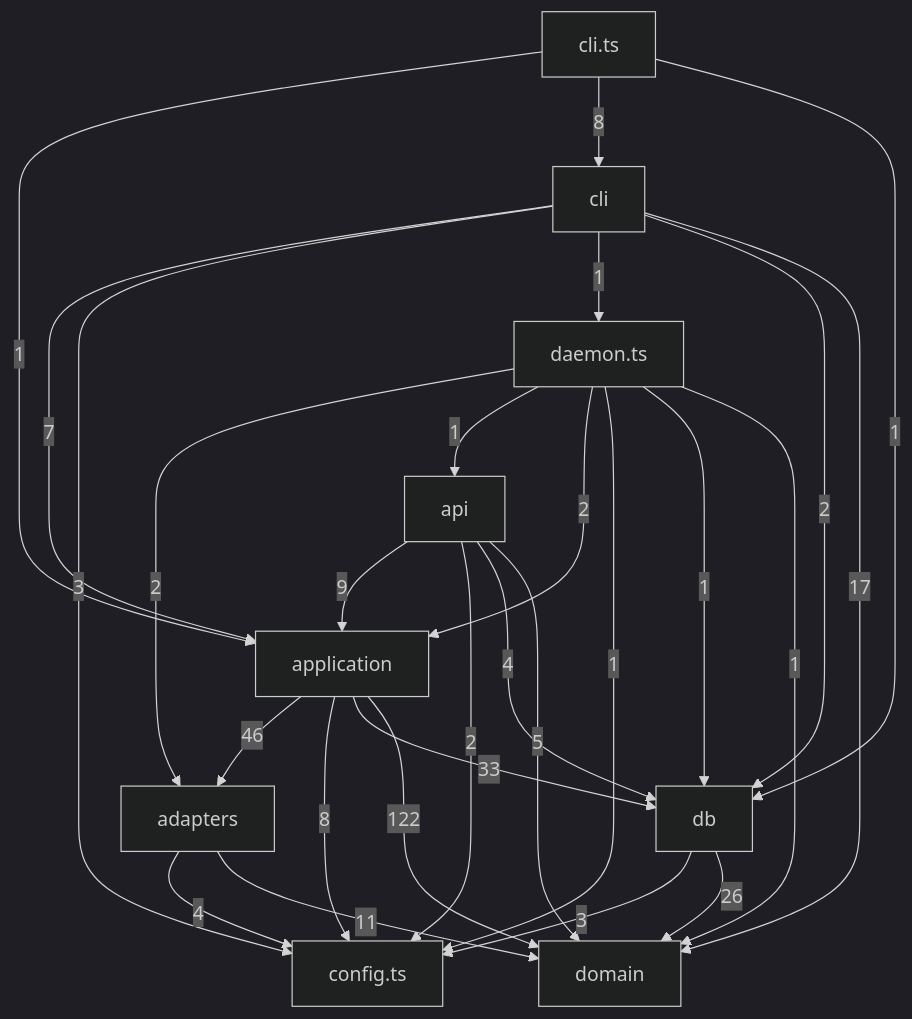
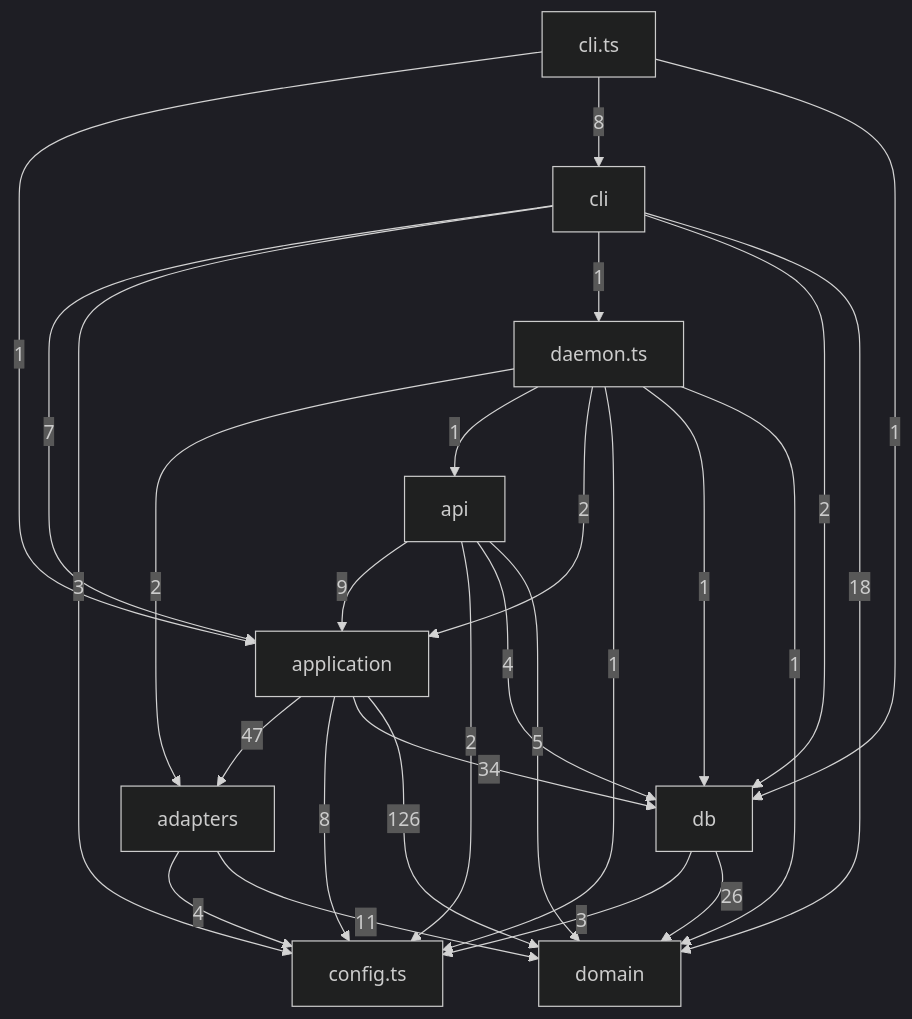
One commit to tomrobdev/agentdeck changed the third of 5 diagrams in docs/architecture.md. Above: the diagram before and after it, drawn with Mermaid (dark theme). The commit also changed other lines of this file and 22 other files, not shown here.

````diff
--- a/docs/architecture.md
+++ b/docs/architecture.md
@@ -105,38 +105,38 @@
 ```mermaid
 flowchart TD
   adapters["adapters"]
   api["api"]
   application["application"]
   cli["cli"]
   cli_ts["cli.ts"]
   config_ts["config.ts"]
   daemon_ts["daemon.ts"]
   db["db"]
   domain["domain"]
   adapters -->|4| config_ts
   adapters -->|11| domain
   api -->|9| application
   api -->|2| config_ts
   api -->|4| db
   api -->|5| domain
-  application -->|46| adapters
+  application -->|47| adapters
   application -->|8| config_ts
-  application -->|33| db
-  application -->|122| domain
+  application -->|34| db
+  application -->|126| domain
   cli_ts -->|1| application
   cli_ts -->|8| cli
   cli_ts -->|1| db
   cli -->|7| application
   cli -->|3| config_ts
   cli -->|1| daemon_ts
   cli -->|2| db
-  cli -->|17| domain
+  cli -->|18| domain
   daemon_ts -->|2| adapters
   daemon_ts -->|1| api
   daemon_ts -->|2| application
   daemon_ts -->|1| config_ts
   daemon_ts -->|1| db
   daemon_ts -->|1| domain
   db -->|3| config_ts
   db -->|26| domain
 ```
````
